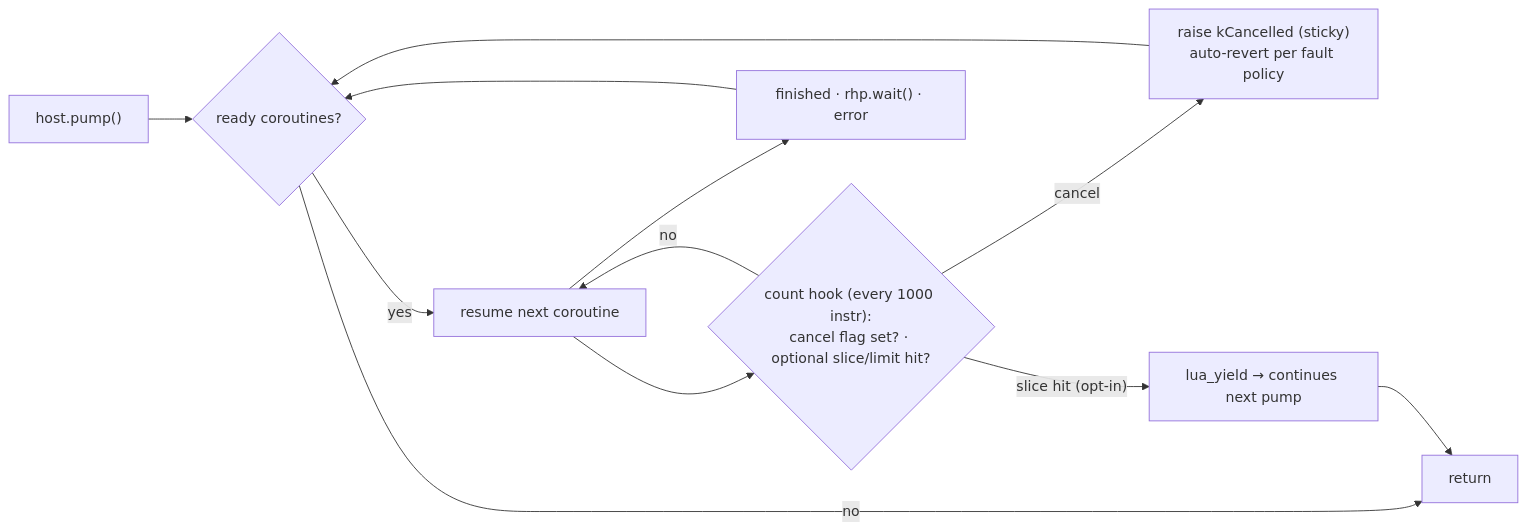
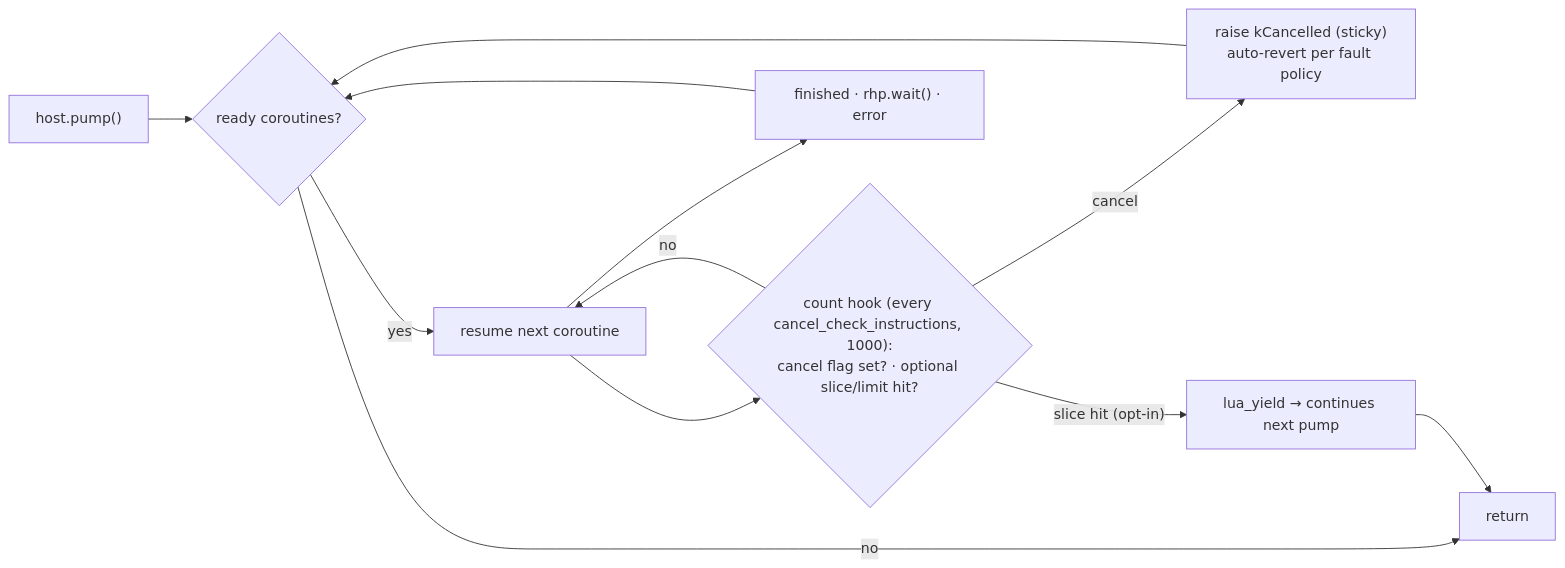
One commit to tonytranrp/RHP changed the fifth of 14 diagrams in Docs/ARCHITECTURE.md. Above: the diagram before and after it, drawn with Mermaid. The commit also changed other lines of this file and 50 other files, not shown here.

````diff
--- a/Docs/ARCHITECTURE.md
+++ b/Docs/ARCHITECTURE.md
@@ -414,14 +429,14 @@
 ```mermaid
 flowchart LR
     P["host.pump()"] --> Q{"ready coroutines?"}
     Q -- no --> R["return"]
     Q -- yes --> RUN["resume next coroutine"]
-    RUN --> H{"count hook (every 1000 instr):<br/>cancel flag set? · optional slice/limit hit?"}
+    RUN --> H{"count hook (every cancel_check_instructions, 1000):<br/>cancel flag set? · optional slice/limit hit?"}
     H -- "cancel" --> C["raise kCancelled (sticky)<br/>auto-revert per fault policy"]
     H -- "slice hit (opt-in)" --> Y["lua_yield → continues next pump"]
     H -- no --> RUN
     RUN --> D["finished · rhp.wait() · error"]
     D --> Q
     C --> Q
     Y --> R
 ```
````
